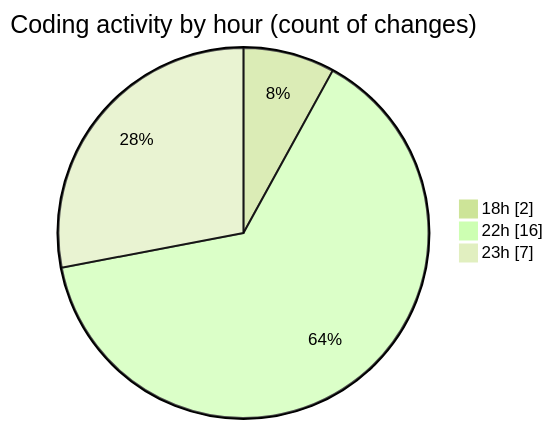
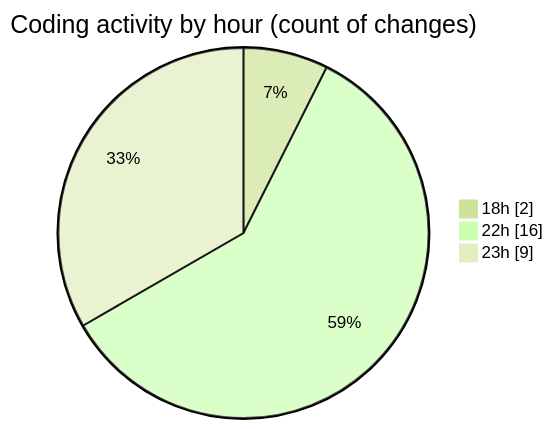
One commit to julien-gomy/code-tracking changed the second of 2 diagrams in 2025-11-17/cdp_aleoudev_fr__workspace_/README.md. Above: the diagram before and after it, drawn with Mermaid (forest theme). The commit also changed other lines of this file and 1 other file, not shown here.

````diff
--- a/2025-11-17/cdp_aleoudev_fr__workspace_/README.md
+++ b/2025-11-17/cdp_aleoudev_fr__workspace_/README.md
@@ -35,7 +36,7 @@
 ```mermaid
 pie showData
 title Coding activity by hour (count of changes)
 "18h" : 2
 "22h" : 16
-"23h" : 7
+"23h" : 9
 ```
````
